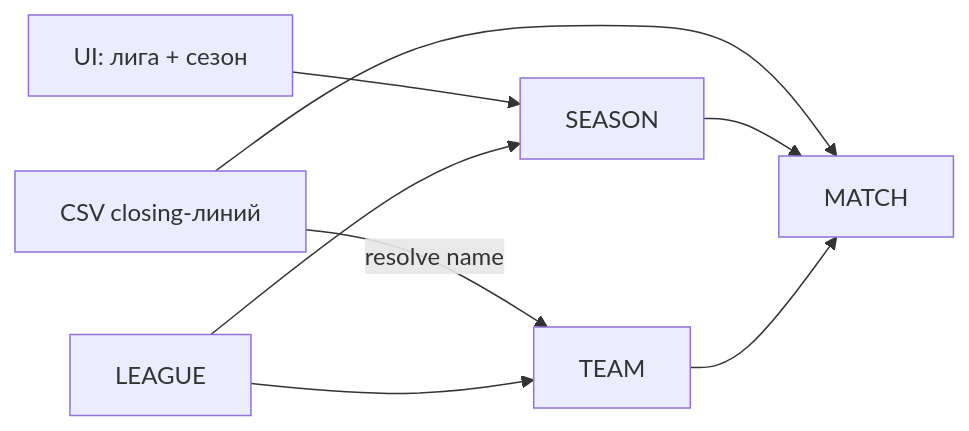
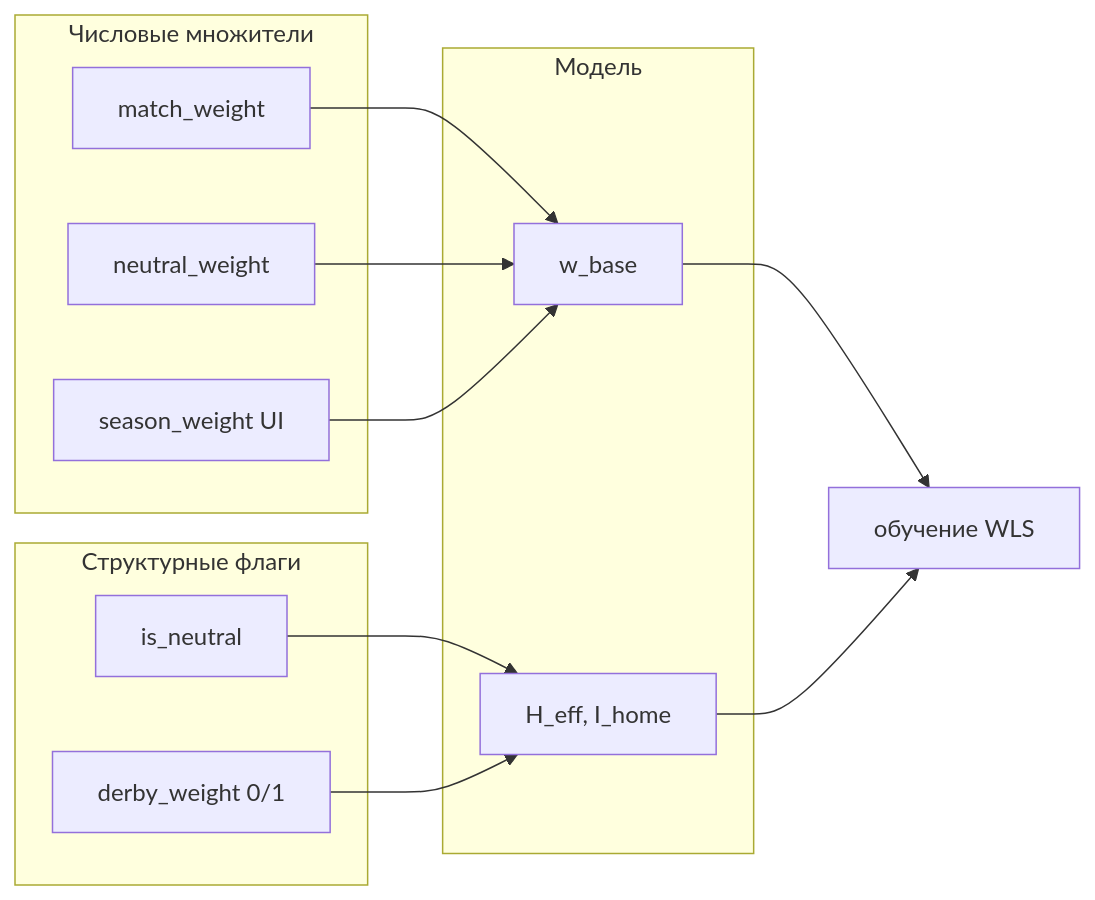
The third of 3 diagrams in docs/db-er-closing-lines.md (anka-khvalina/calc_money), drawn with Mermaid before and after one commit. The commit also changed other lines of this file and 8 other files, not shown here.

First line of the commit message:
Docs: full audit vs code — diagrams, defaults, Supabase schema

````diff
--- a/docs/db-er-closing-lines.md
+++ b/docs/db-er-closing-lines.md
@@ -309,17 +160,26 @@
 ```mermaid
 flowchart LR
-    CSV[CSV closing-линий]
-    UI[UI: лига + сезон]
-    L[LEAGUE]
-    S[SEASON]
-    T[TEAM]
-    M[MATCH]
+    subgraph flags [Структурные флаги]
+        N[is_neutral]
+        D[derby_weight 0/1]
+    end
 
-    UI --> S
-    L --> S
-    CSV --> M
-    S --> M
-    T --> M
-    CSV -->|resolve name| T
-    L --> T
+    subgraph weights [Числовые множители]
+        MW[match_weight]
+        NW[neutral_weight]
+        SW[season_weight UI]
+    end
+
+    subgraph model [Модель]
+        H[H_eff, I_home]
+        WB[w_base]
+    end
+
+    N --> H
+    D --> H
+    MW --> WB
+    NW --> WB
+    SW --> WB
+    WB --> WLS[обучение WLS]
+    H --> WLS
 ```
````
